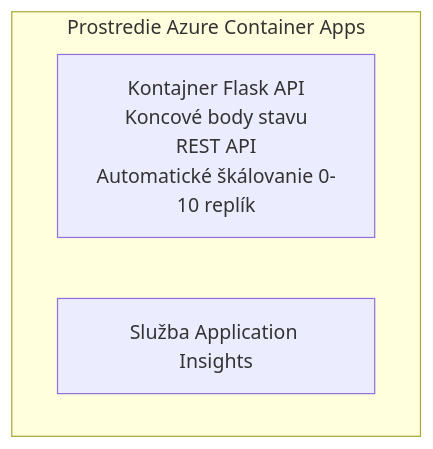
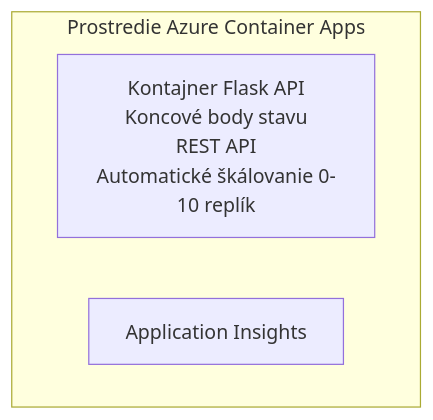
Before and after one commit to microsoft/AZD-for-beginners: the diagram in translations/sk/examples/container-app/simple-flask-api/README.md, drawn with Mermaid. The commit also changed other lines of this file and 104 other files, not shown here.

````diff
--- a/translations/sk/examples/container-app/simple-flask-api/README.md
+++ b/translations/sk/examples/container-app/simple-flask-api/README.md
@@ -26,7 +26,7 @@
 ```mermaid
 graph TD
     subgraph ACA[Prostredie Azure Container Apps]
         Flask[Kontajner Flask API<br/>Koncové body stavu<br/>REST API<br/>Automatické škálovanie 0-10 replík]
-        AppInsights[Služba Application Insights]
+        AppInsights[Application Insights]
     end
 ```
````
